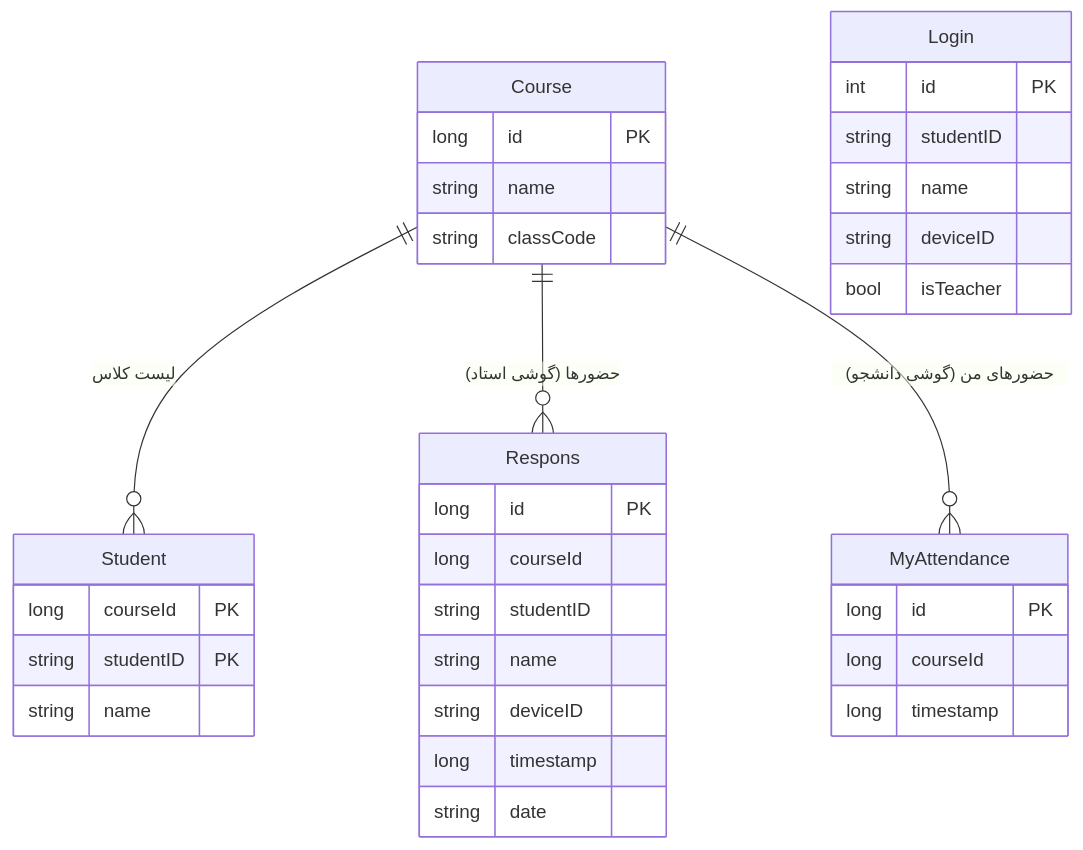
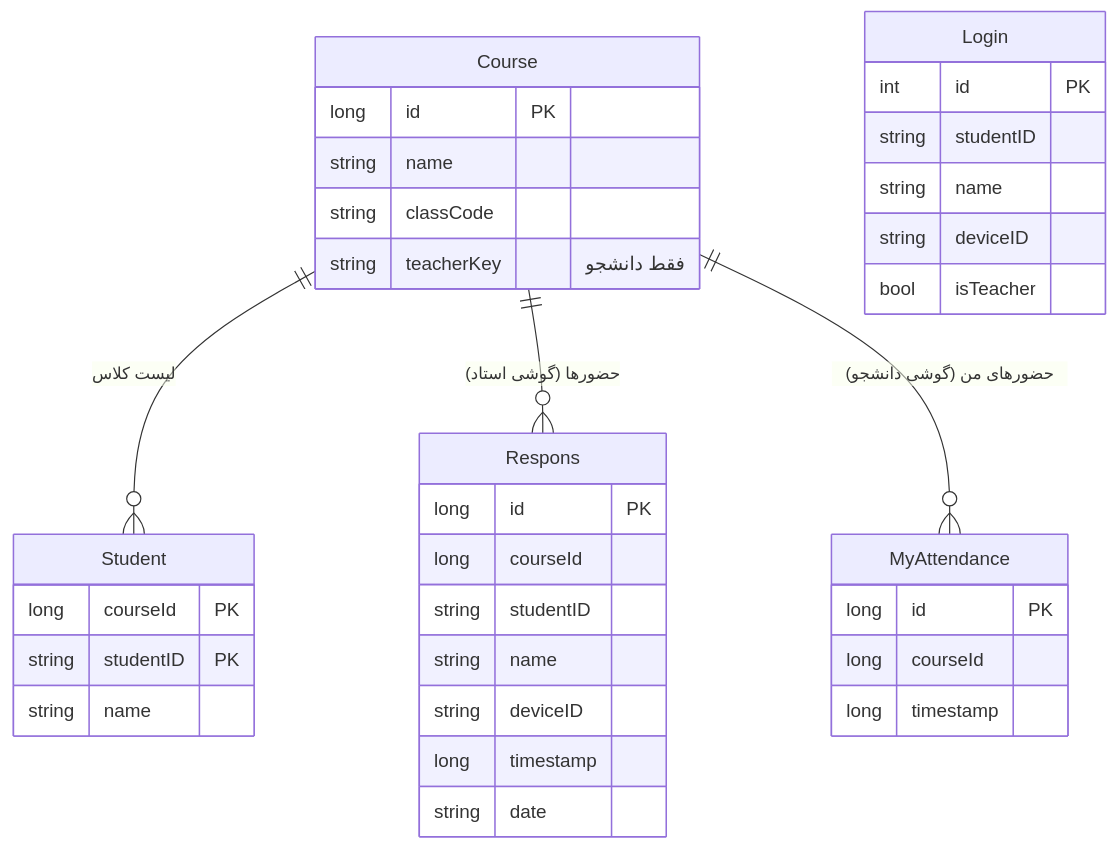
One commit to ali-cev-1200/Presence changed the fourth of 4 diagrams in docs/report.md. Above: the diagram before and after it, drawn with Mermaid. The commit also changed other lines of this file and 1 other file, not shown here.

````diff
--- a/docs/report.md
+++ b/docs/report.md
@@ -140,37 +162,38 @@
 ```mermaid
 erDiagram
     Course ||--o{ Student : "لیست کلاس"
     Course ||--o{ Respons : "حضورها (گوشی استاد)"
     Course ||--o{ MyAttendance : "حضورهای من (گوشی دانشجو)"
     Login {
         int id PK
         string studentID
         string name
         string deviceID
         bool isTeacher
     }
     Course {
         long id PK
         string name
         string classCode
+        string teacherKey "فقط دانشجو"
     }
     Student {
         long courseId PK
         string studentID PK
         string name
     }
     Respons {
         long id PK
         long courseId
         string studentID
         string name
         string deviceID
         long timestamp
         string date
     }
     MyAttendance {
         long id PK
         long courseId
         long timestamp
     }
 ```
````
